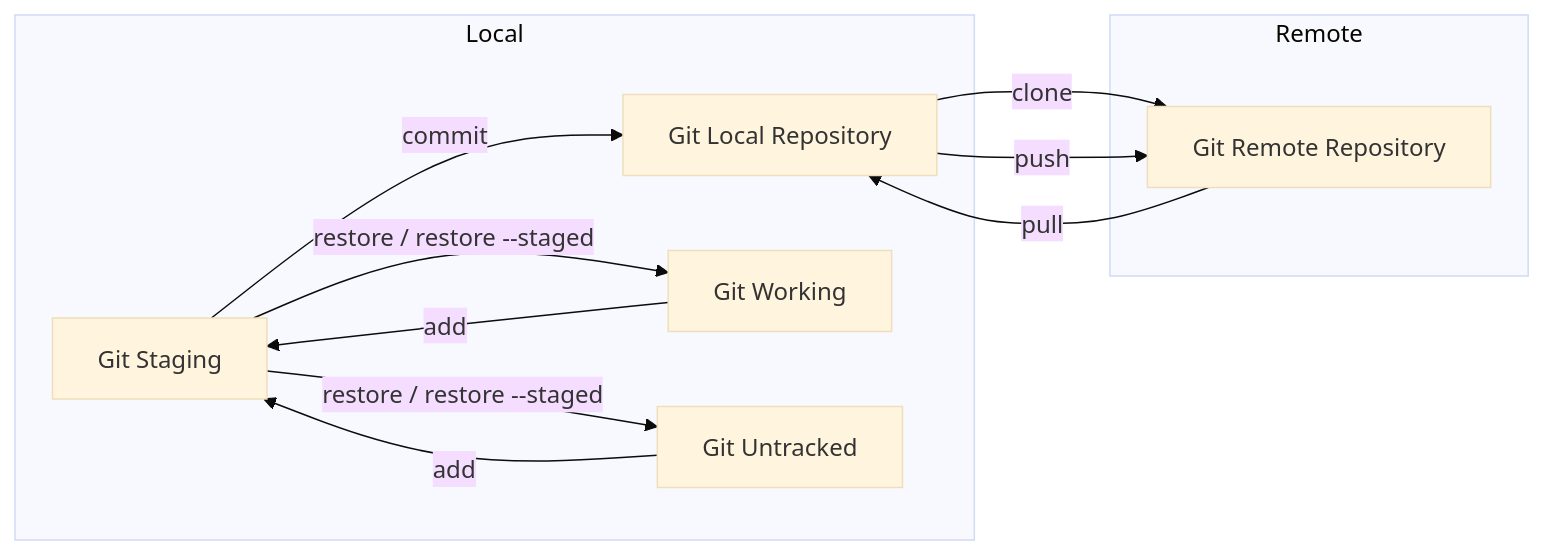
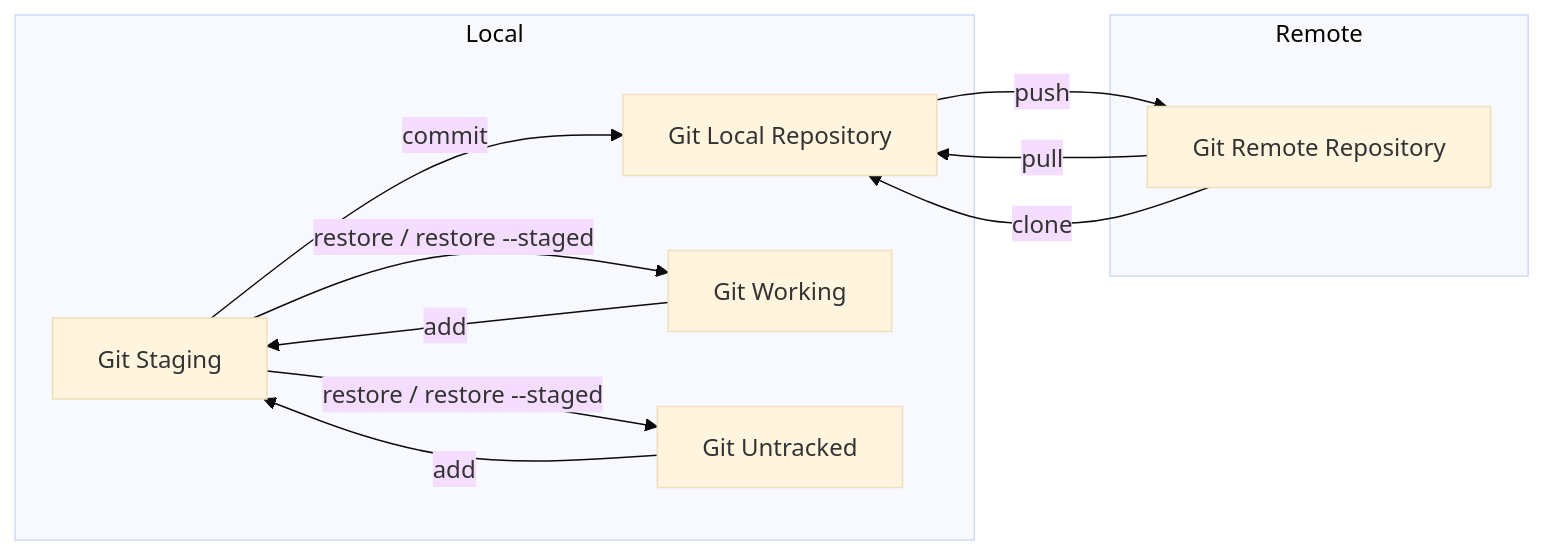
One commit to lankahsu520/HelperX changed the second of 11 diagrams in helper_SVNvsGit.md. Above: the diagram before and after it, drawn with Mermaid (base theme). The commit also changed other lines of this file, not shown here.

````diff
--- a/helper_SVNvsGit.md
+++ b/helper_SVNvsGit.md
@@ -50,24 +50,24 @@
 ```mermaid
 flowchart LR
 	subgraph Local
 		Git-Local[Git Local Repository]
 		Git-Staging[Git Staging]
 		Git-Working[Git Working]
 
 		Git-Untracked[Git Untracked]
 	end
 	subgraph Remote
 		Git-Remote[Git Remote Repository]
 	end
 
 	Git-Untracked --> |add|Git-Staging
 	Git-Staging --> |restore / restore --staged| Git-Untracked
 
 	Git-Working --> |add|Git-Staging
 	Git-Staging --> |restore / restore --staged| Git-Working
 	
 	Git-Staging --> |commit|Git-Local
-	Git-Local --> |clone|Git-Remote
   Git-Local --> |push|Git-Remote
 	Git-Remote --> |pull|Git-Local
+  Git-Remote --> |clone|Git-Local
 ```
````
